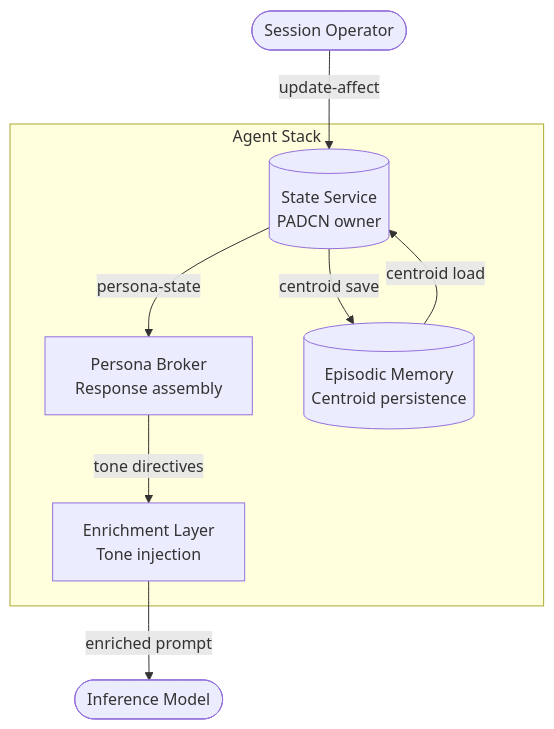
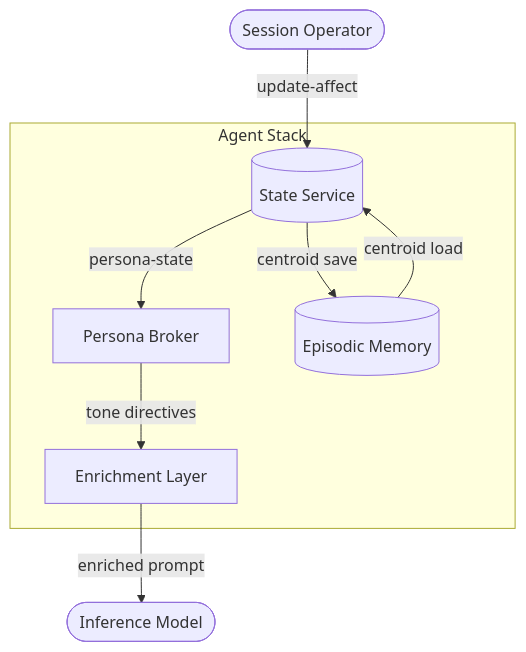
Before and after one commit to CyberdaemonAI/cyberdaemon-site: the third of 3 diagrams in src/content/research/padcn-architecture.mdx, drawn with Mermaid. The commit also changed other lines of this file and 10 other files, not shown here.

First line of the commit message:
fix(content): mermaid single-line labels, lint clean, workflow auth

````diff
--- a/src/content/research/padcn-architecture.mdx
+++ b/src/content/research/padcn-architecture.mdx
@@ -331,17 +331,17 @@
 ```mermaid
 flowchart TB
     OP([Session Operator]) -->|"update-affect"| DS
 
     subgraph stack["Agent Stack"]
-        DS[("State Service\nPADCN owner")]
-        PB["Persona Broker\nResponse assembly"]
-        EM[("Episodic Memory\nCentroid persistence")]
-        ENR["Enrichment Layer\nTone injection"]
+        DS[(State Service)]
+        PB[Persona Broker]
+        EM[(Episodic Memory)]
+        ENR[Enrichment Layer]
     end
 
     DS -->|"persona-state"| PB
     PB -->|"tone directives"| ENR
     ENR -->|"enriched prompt"| LLM([Inference Model])
     DS -->|"centroid save"| EM
     EM -->|"centroid load"| DS
 ```
````
